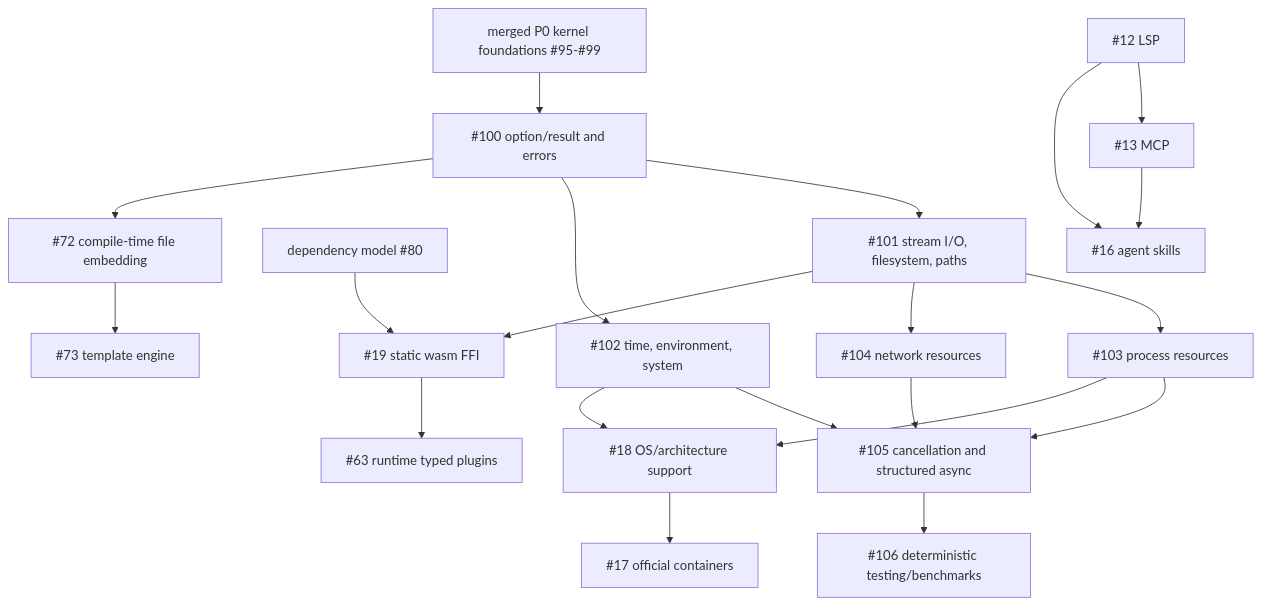
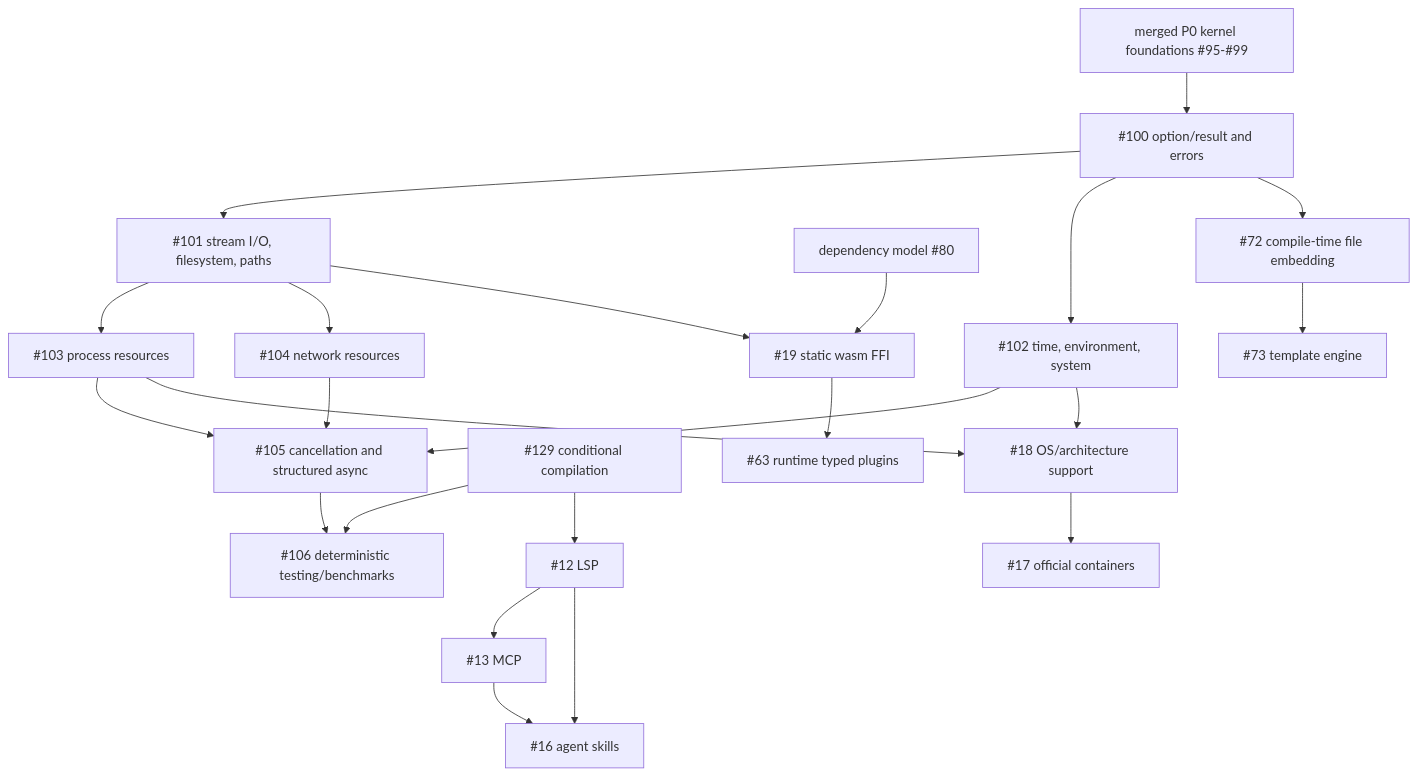
The diagram in docs/open-issues-roadmap.md (nahharris/vibra), drawn with Mermaid before and after one commit. The commit also changed other lines of this file and 6 other files, not shown here.

Commit message:
Add conditional compilation foundation

````diff
--- a/docs/open-issues-roadmap.md
+++ b/docs/open-issues-roadmap.md
@@ -9,27 +9,29 @@
 ```mermaid
 flowchart TD
     K["merged P0 kernel foundations #95-#99"] --> E["#100 option/result and errors"]
     E --> I["#101 stream I/O, filesystem, paths"]
     E --> S["#102 time, environment, system"]
     I --> P["#103 process resources"]
     I --> N["#104 network resources"]
     S --> A["#105 cancellation and structured async"]
     P --> A
     N --> A
     A --> T["#106 deterministic testing/benchmarks"]
+    Q["#129 conditional compilation"] --> T
+    Q --> L
 
     D["dependency model #80"] --> F["#19 static wasm FFI"]
     F --> R["#63 runtime typed plugins"]
     I --> F
 
     E --> C["#72 compile-time file embedding"]
     C --> M["#73 template engine"]
 
     L["#12 LSP"] --> G["#13 MCP"]
     L --> X["#16 agent skills"]
     G --> X
 
     O["#18 OS/architecture support"] --> Z["#17 official containers"]
     S --> O
     P --> O
 ```
````
